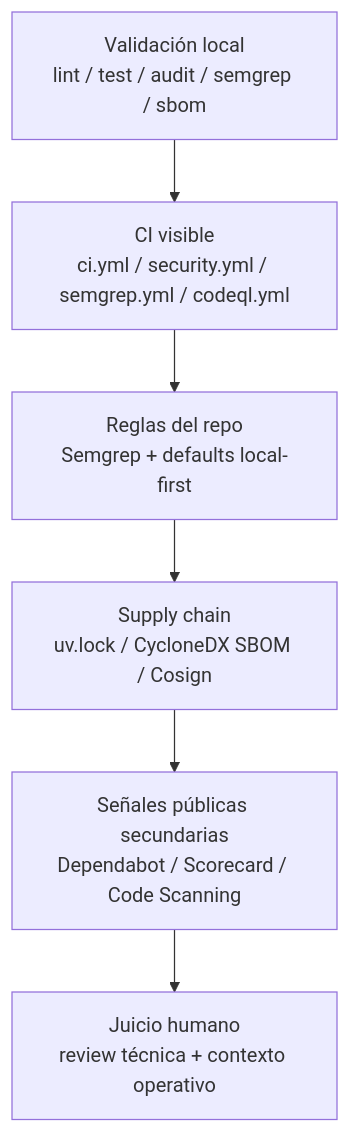
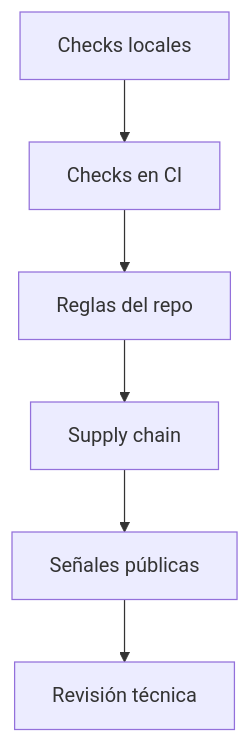
Before and after one commit to vladimiracunadev-create/mcp-ollama-local: the second of 2 diagrams in README.md, drawn with Mermaid. The commit also changed other lines of this file and 1 other file, not shown here.

Commit message:
docs: simplify mermaid labels for readability

````diff
--- a/README.md
+++ b/README.md
@@ -121,8 +121,8 @@
 ```mermaid
 flowchart TD
-    Local["Validación local\nlint / test / audit / semgrep / sbom"] --> CI["CI visible\nci.yml / security.yml / semgrep.yml / codeql.yml"]
-    CI --> Rules["Reglas del repo\nSemgrep + defaults local-first"]
-    Rules --> Supply["Supply chain\nuv.lock / CycloneDX SBOM / Cosign"]
-    Supply --> Public["Señales públicas secundarias\nDependabot / Scorecard / Code Scanning"]
-    Public --> Review["Juicio humano\nreview técnica + contexto operativo"]
+    Local["Checks locales"] --> CI["Checks en CI"]
+    CI --> Rules["Reglas del repo"]
+    Rules --> Supply["Supply chain"]
+    Supply --> Public["Señales públicas"]
+    Public --> Review["Revisión técnica"]
 ```
````
